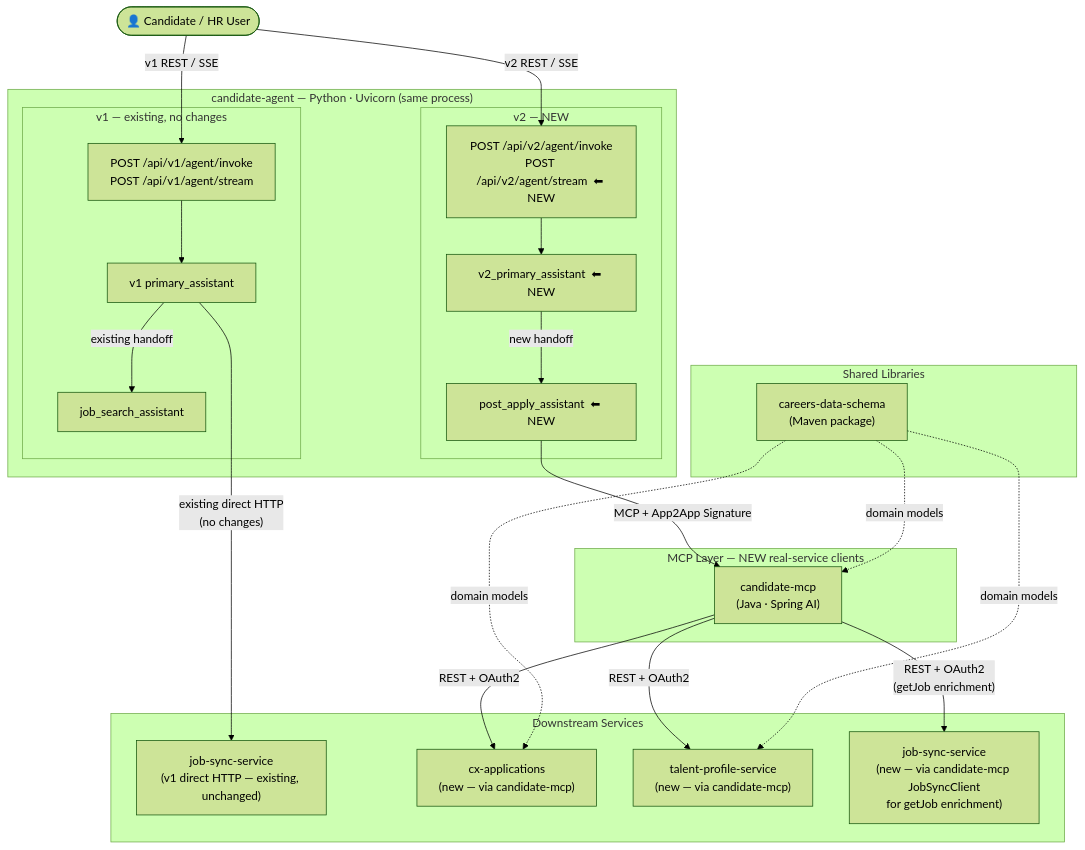
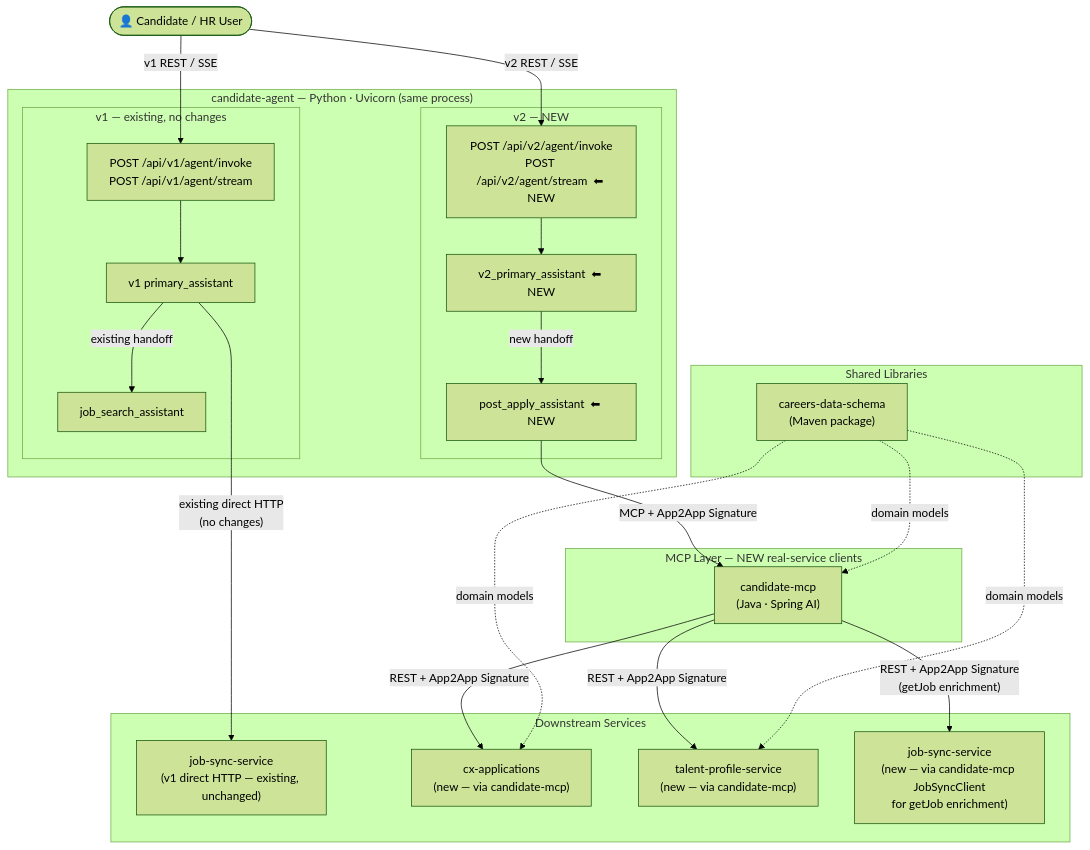
Before and after one commit to venkat-raman17/candidate-agent: the first of 33 diagrams in docs/post-apply-assistant-lld-v1.md, drawn with Mermaid (forest theme). The commit also changed other lines of this file and 1 other file, not shown here.

````diff
--- a/docs/post-apply-assistant-lld-v1.md
+++ b/docs/post-apply-assistant-lld-v1.md
@@ -111,48 +111,48 @@
 ```mermaid
 graph TB
     User(["👤 Candidate / HR User"])
 
     subgraph "candidate-agent — Python · Uvicorn (same process)"
         subgraph "v1 — existing, no changes"
             V1API["POST /api/v1/agent/invoke\nPOST /api/v1/agent/stream"]
             PA["v1 primary_assistant"]
             JSA["job_search_assistant"]
             V1API --> PA
             PA -->|"existing handoff"| JSA
         end
 
         subgraph "v2 — NEW"
             V2API["POST /api/v2/agent/invoke\nPOST /api/v2/agent/stream  ⬅ NEW"]
             V2PA["v2_primary_assistant  ⬅ NEW"]
             PAA["post_apply_assistant  ⬅ NEW"]
             V2API --> V2PA
             V2PA -->|"new handoff"| PAA
         end
     end
 
     subgraph "MCP Layer — NEW real-service clients"
         CMCP["candidate-mcp\n(Java · Spring AI)"]
     end
 
     subgraph "Downstream Services"
         JSS["job-sync-service\n(v1 direct HTTP — existing, unchanged)"]
         CXA["cx-applications\n(new — via candidate-mcp)"]
         TPS["talent-profile-service\n(new — via candidate-mcp)"]
         JSS2["job-sync-service\n(new — via candidate-mcp JobSyncClient\nfor getJob enrichment)"]
     end
 
     subgraph "Shared Libraries"
         CDS["careers-data-schema\n(Maven package)"]
     end
 
     User -->|"v1 REST / SSE"| V1API
     User -->|"v2 REST / SSE"| V2API
     PA -->|"existing direct HTTP\n(no changes)"| JSS
     PAA -->|"MCP + App2App Signature"| CMCP
-    CMCP -->|"REST + OAuth2"| CXA
-    CMCP -->|"REST + OAuth2"| TPS
-    CMCP -->|"REST + OAuth2\n(getJob enrichment)"| JSS2
+    CMCP -->|"REST + App2App Signature"| CXA
+    CMCP -->|"REST + App2App Signature"| TPS
+    CMCP -->|"REST + App2App Signature\n(getJob enrichment)"| JSS2
     CDS -.->|"domain models"| CMCP
     CDS -.->|"domain models"| CXA
     CDS -.->|"domain models"| TPS
 ```
````
